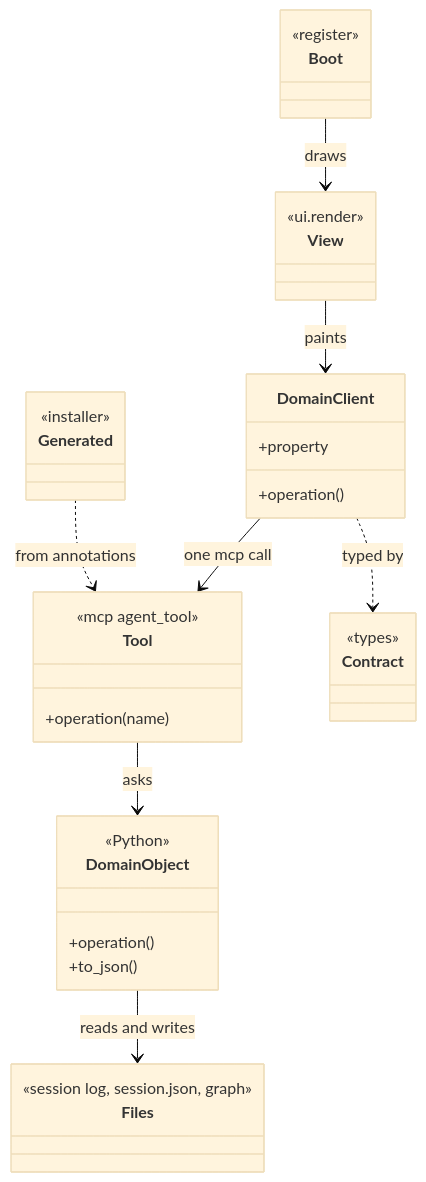
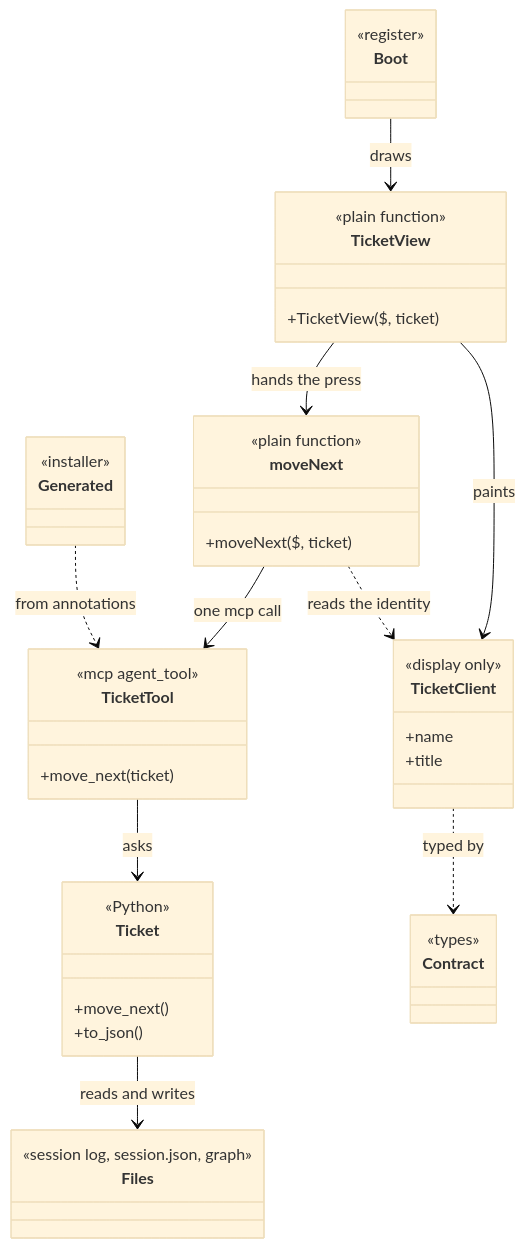
Before and after one commit to abd-works/abd-context-driven-delivery: the first of 2 diagrams in cdd_guidance/patterns/cdd_claude_mod/cdd_claude_mod.md, drawn with Mermaid (base theme). The commit also changed other lines of this file and 84 other files, not shown here.

First line of the commit message:
Kanban mod: build every story and move MCP tools onto the domain

````diff
--- a/cdd_guidance/patterns/cdd_claude_mod/cdd_claude_mod.md
+++ b/cdd_guidance/patterns/cdd_claude_mod/cdd_claude_mod.md
@@ -32,39 +57,47 @@
 ```mermaid
 classDiagram
-  class DomainObject {
+  class Ticket {
     <<Python>>
-    +operation()
+    +move_next()
     +to_json()
   }
-  class Tool {
+  class TicketTool {
     <<mcp agent_tool>>
-    +operation(name)
+    +move_next(ticket)
   }
   class Generated {
     <<installer>>
   }
   class Contract {
     <<types>>
   }
-  class DomainClient {
-    +property
-    +operation()
+  class TicketClient {
+    <<display only>>
+    +name
+    +title
   }
-  class View {
-    <<ui.render>>
+  class moveNext {
+    <<plain function>>
+    +moveNext($, ticket)
+  }
+  class TicketView {
+    <<plain function>>
+    +TicketView($, ticket)
   }
   class Boot {
     <<register>>
   }
   class Files {
     <<session log, session.json, graph>>
   }
 
-  Tool --> DomainObject : asks
-  DomainObject --> Files : reads and writes
-  Generated ..> Tool : from annotations
-  DomainClient --> Tool : one mcp call
-  DomainClient ..> Contract : typed by
-  View --> DomainClient : paints
-  Boot --> View : draws
+  TicketTool --> Ticket : asks
+  Ticket --> Files : reads and writes
+  Generated ..> TicketTool : from annotations
+  moveNext --> TicketTool : one mcp call
+  moveNext ..> TicketClient : reads the identity
+  TicketClient ..> Contract : typed by
+  TicketView --> TicketClient : paints
+  TicketView --> moveNext : hands the press
+  Boot --> TicketView : draws
 ```
````
